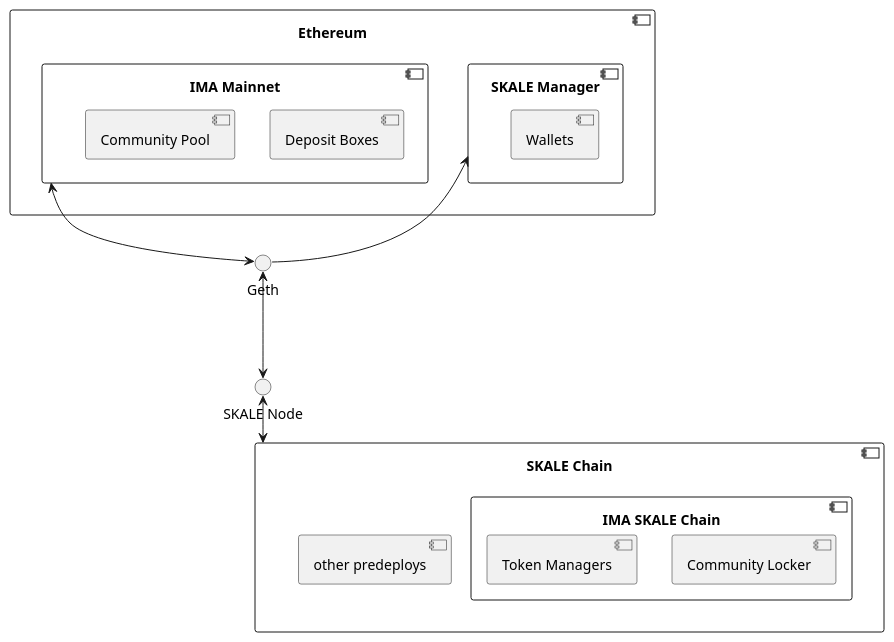
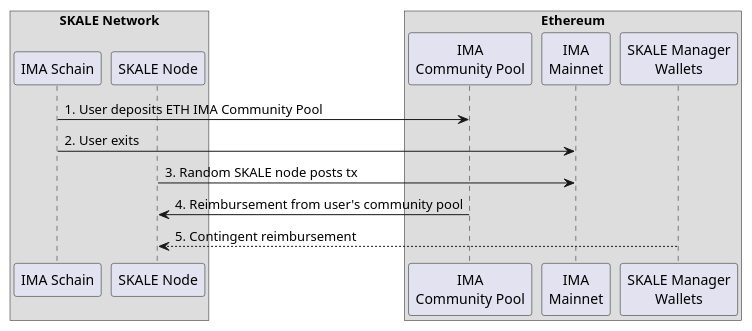
Before and after one commit to twizzworld/docs.skale.network: the diagram in components/develop/modules/ROOT/pages/skale-chain-wallet.adoc, drawn with PlantUML. The commit also changed other lines of this file, not shown here.

Commit message:
Simplify diagram

```diff
--- a/components/develop/modules/ROOT/pages/skale-chain-wallet.adoc
+++ b/components/develop/modules/ROOT/pages/skale-chain-wallet.adoc
@@ -3,29 +3,23 @@
 [plantuml]
 ....
 @startuml
 
-interface "SKALE Node" as SN
-component "SKALE Chain" as SC {
-    component "other predeploys"
-    component "IMA SKALE Chain" {
-        component "Community Locker"
-        component "Token Managers"
-    }
-}
+box "SKALE Network"
+participant "IMA Schain" as IS
+participant "SKALE Node" as SN
+end box
 
-component Ethereum {
-    component "SKALE Manager" as SM {
-        component Wallets
-    }
-    component "IMA Mainnet" as IM {
-        component "Deposit Boxes"
-        component "Community Pool"
-    }
-}
+box "Ethereum"
+participant "IMA\nCommunity Pool" as CP
+participant "IMA\nMainnet" as IM
+participant "SKALE Manager\nWallets" as SMW
+end box
 
-IM <--> Geth
-SM <-- Geth
-Geth <--> SN
-SN <--> SC 
+IS -> CP : 1. User deposits ETH IMA Community Pool
+IS -> IM : 2. User exits
+SN -> IM : 3. Random SKALE node posts tx
+CP -> SN : 4. Reimbursement from user's community pool
+SMW --> SN : 5. Contingent reimbursement
+
 @enduml
 ....
```
